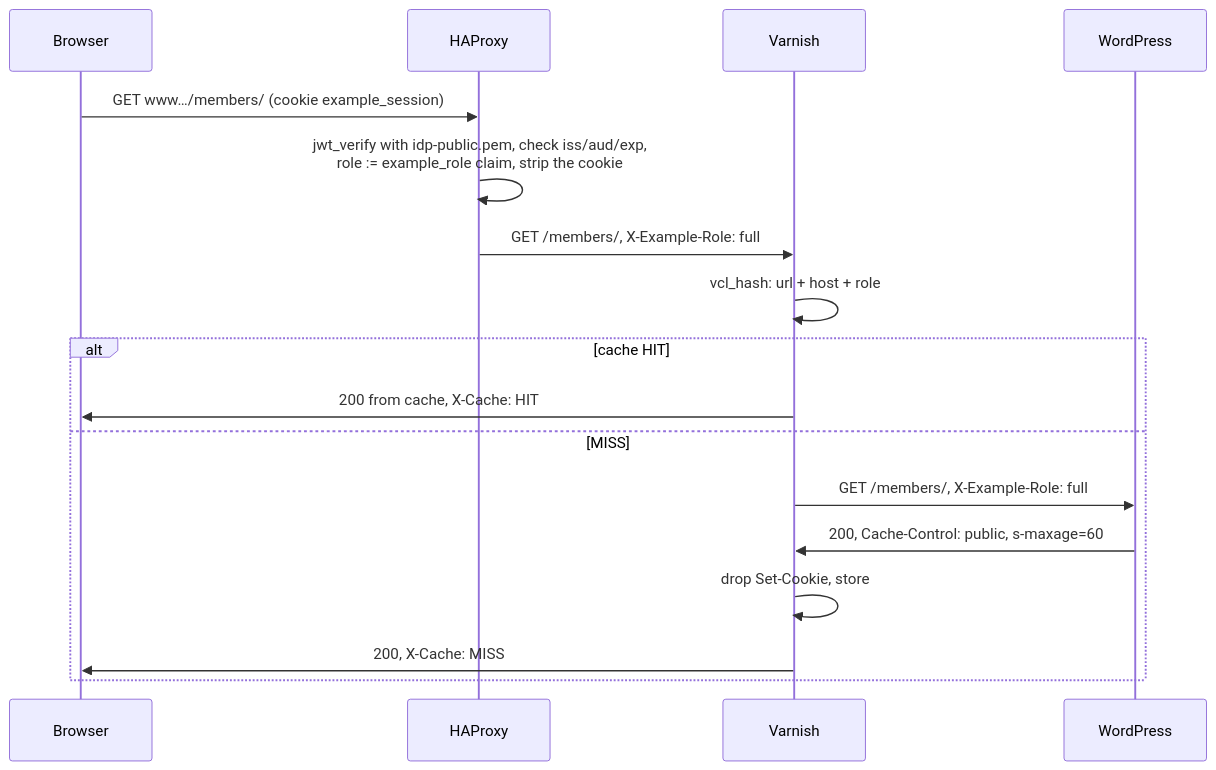
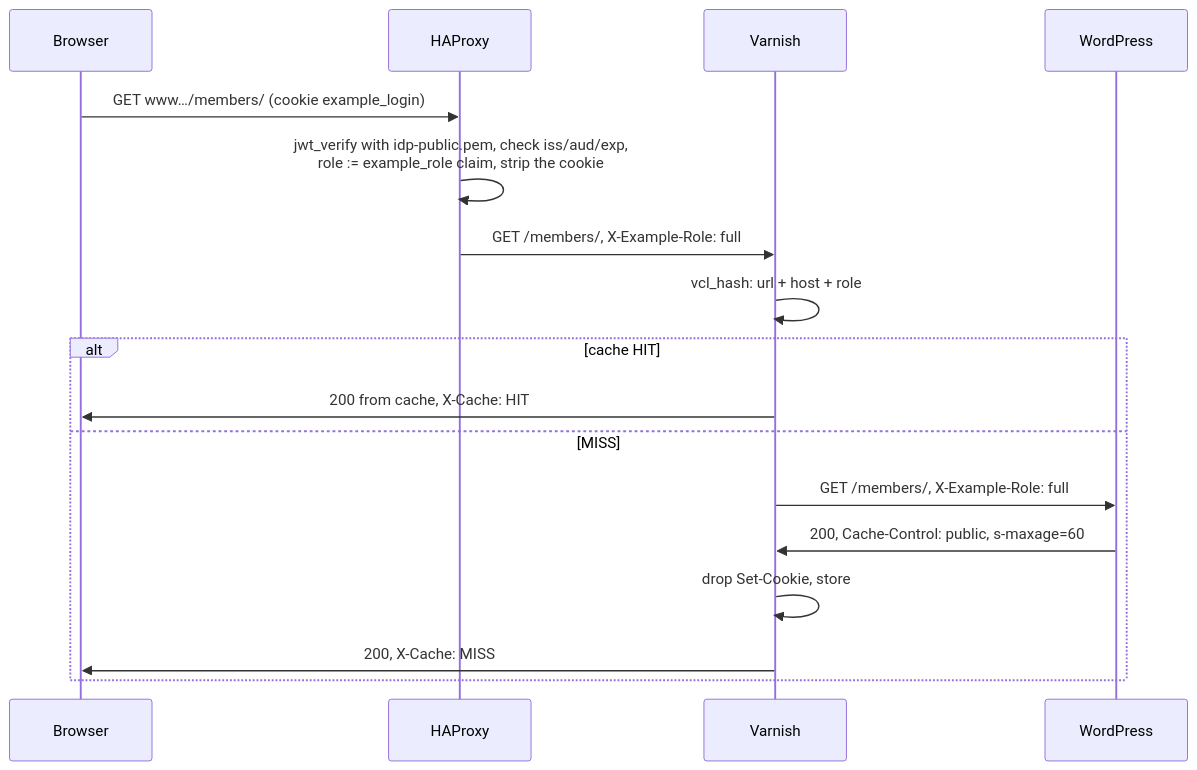
Before and after one commit to correctiv/oidc-wp-prototype: the second of 4 diagrams in README.md, drawn with Mermaid. The commit also changed other lines of this file and 7 other files, not shown here.

First line of the commit message:
Domain-wide login cookie again, community session kept host-only

````diff
--- a/README.md
+++ b/README.md
@@ -103,19 +100,19 @@
 ```mermaid
 sequenceDiagram
     participant B as Browser
     participant H as HAProxy
     participant V as Varnish
     participant W as WordPress
-    B->>H: GET www…/members/ (cookie example_session)
+    B->>H: GET www…/members/ (cookie example_login)
     H->>H: jwt_verify with idp-public.pem, check iss/aud/exp,<br/>role := example_role claim, strip the cookie
     H->>V: GET /members/, X-Example-Role: full
     V->>V: vcl_hash: url + host + role
     alt cache HIT
         V->>B: 200 from cache, X-Cache: HIT
     else MISS
         V->>W: GET /members/, X-Example-Role: full
         W->>V: 200, Cache-Control: public, s-maxage=60
         V->>V: drop Set-Cookie, store
         V->>B: 200, X-Cache: MISS
     end
 ```
````
